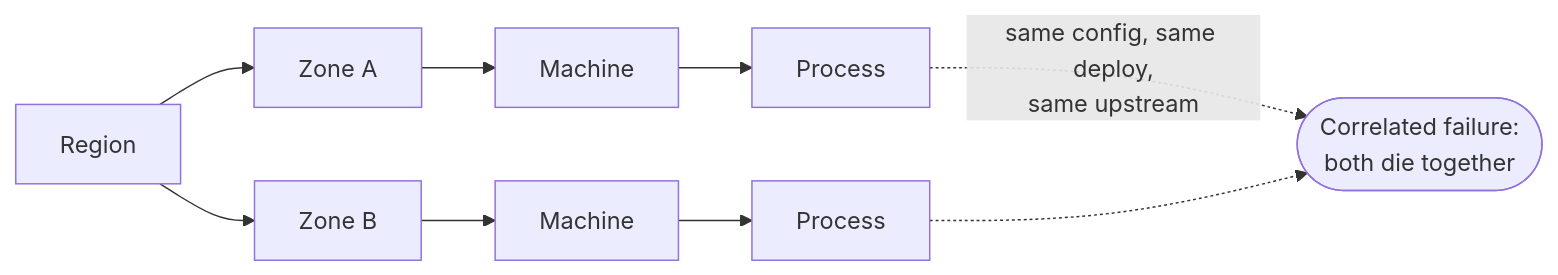
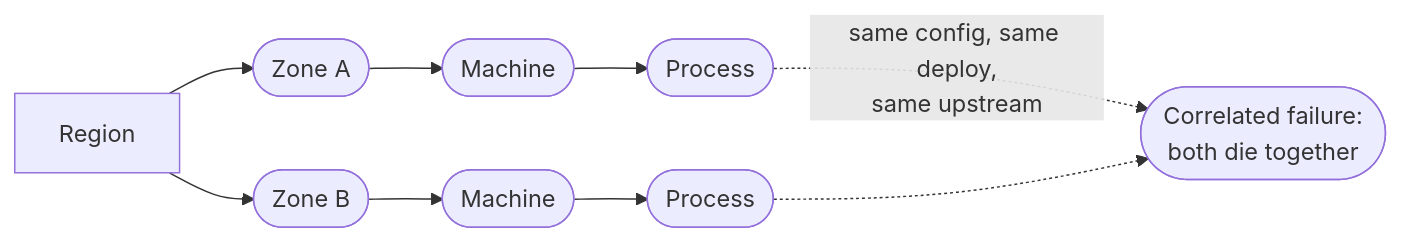
Diagram 13 of 19 in examples/system-design-foundations.md (Laticent/lattice), drawn with Mermaid before and after one commit. The commit also changed other lines of this file and 1 other file, not shown here.

````diff
--- a/examples/system-design-foundations.md
+++ b/examples/system-design-foundations.md
@@ -1575,7 +1575,7 @@
 ```mermaid
 flowchart LR
-  R["Region"] --> Z1["Zone A"] --> M1["Machine"] --> P1["Process"]
-  R --> Z2["Zone B"] --> M2["Machine"] --> P2["Process"]
+  R["Region"] --> Z1(["Zone A"]) --> M1(["Machine"]) --> P1(["Process"])
+  R --> Z2(["Zone B"]) --> M2(["Machine"]) --> P2(["Process"])
   P1 -.->|"same config, same deploy,<br/>same upstream"| C(["Correlated failure:<br/>both die together"])
   P2 -.-> C
 ```
````
